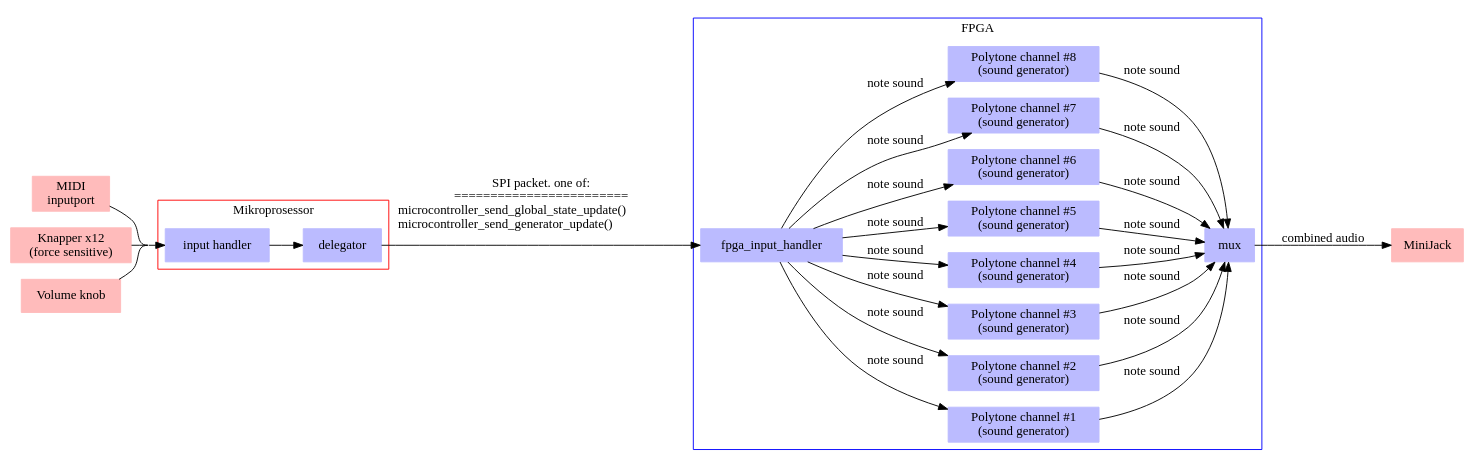
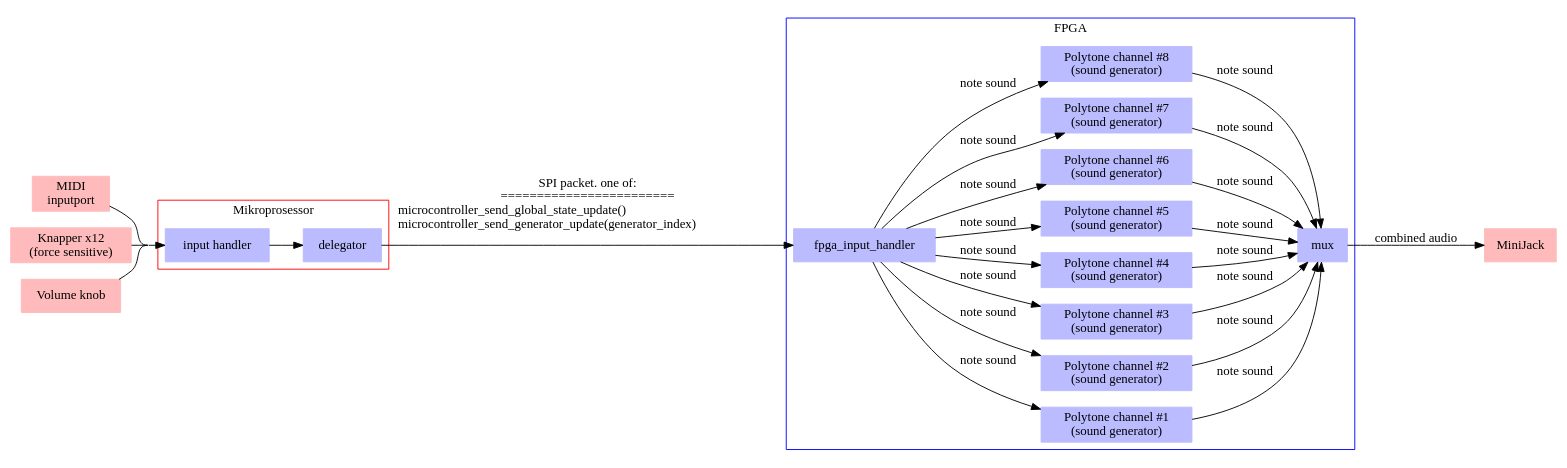
Before and after one commit to TDT4295-2019-groupA/planning: the diagram in processing_pipeline.dot, drawn with Graphviz. The commit also changed 2 other files, not shown here.

```diff
--- a/processing_pipeline.dot
+++ b/processing_pipeline.dot
@@ -1,60 +1,60 @@
 digraph G {
 	rankdir=LR;
 	overlap=false;
 	concentrate=true
 
 	node [shape=box, style="filled", color="#ffbbbb"]
 	//jtag [label="JTAG-\nkonnektor x2"]
 	midi [label="MIDI\ninputport"]
 	btn  [label="Knapper x12\n(force sensitive)"]
 	vol  [label="Volume knob"]
 	//gpio [label="GPIO (70x)"]
 	jack [label="MiniJack"]
 
 	node [color="#bbbbff"]
 
 	subgraph cluster_0 {
 		label = "Mikroprosessor";
 		color = red;
 		//style = filled;
 		micro_input_handler [label="input handler"]
 		delegator           [label="delegator"]
 
 		micro_input_handler->delegator
 	}
 	vol  -> micro_input_handler
 	midi -> micro_input_handler
 	btn  -> micro_input_handler
 
-	delegator->fpga_input_handler [label="SPI packet. one of:\n========================\nmicrocontroller_send_global_state_update()\lmicrocontroller_send_generator_update()\l "]
+	delegator->fpga_input_handler [label="SPI packet. one of:\n========================\nmicrocontroller_send_global_state_update()\lmicrocontroller_send_generator_update(generator_index)\l "]
 
 	subgraph cluster_1 {
 		label = "FPGA";
 		color = blue;
 		//style = filled;
 
 		fpga_input_handler
 
 		chan1 [label="Polytone channel #1\n(sound generator)"]
 		chan2 [label="Polytone channel #2\n(sound generator)"]
 		chan3 [label="Polytone channel #3\n(sound generator)"]
 		chan4 [label="Polytone channel #4\n(sound generator)"]
 		chan5 [label="Polytone channel #5\n(sound generator)"]
 		chan6 [label="Polytone channel #6\n(sound generator)"]
 		chan7 [label="Polytone channel #7\n(sound generator)"]
 		chan8 [label="Polytone channel #8\n(sound generator)"]
 
 		fpga_input_handler->chan1 -> mux [label="note sound"]
 		fpga_input_handler->chan2 -> mux [label="note sound"]
 		fpga_input_handler->chan3 -> mux [label="note sound"]
 		fpga_input_handler->chan4 -> mux [label="note sound"]
 		fpga_input_handler->chan5 -> mux [label="note sound"]
 		fpga_input_handler->chan6 -> mux [label="note sound"]
 		fpga_input_handler->chan7 -> mux [label="note sound"]
 		fpga_input_handler->chan8 -> mux [label="note sound"]
 	}
 
 	mux -> jack [label="combined audio"]
 
 
 }
```
